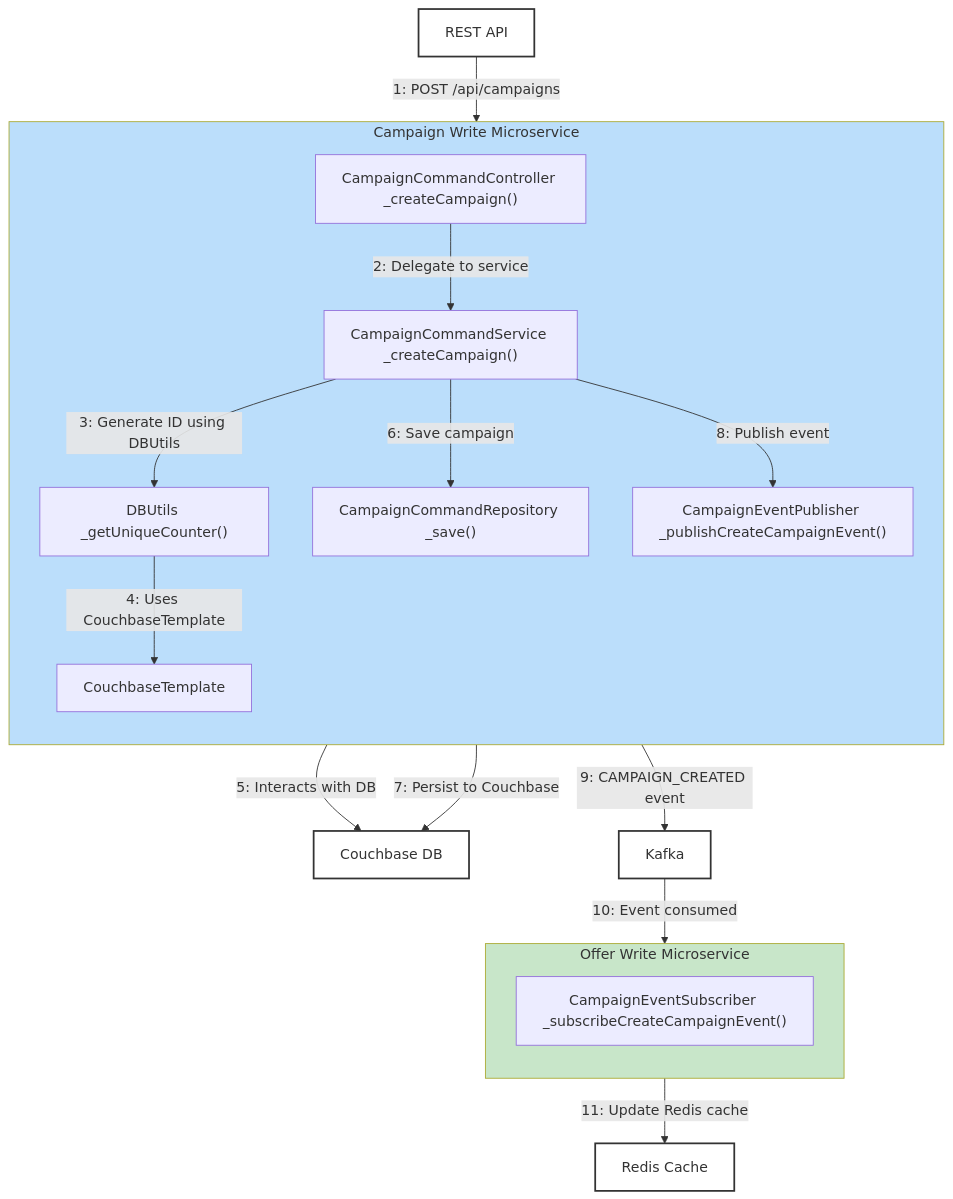
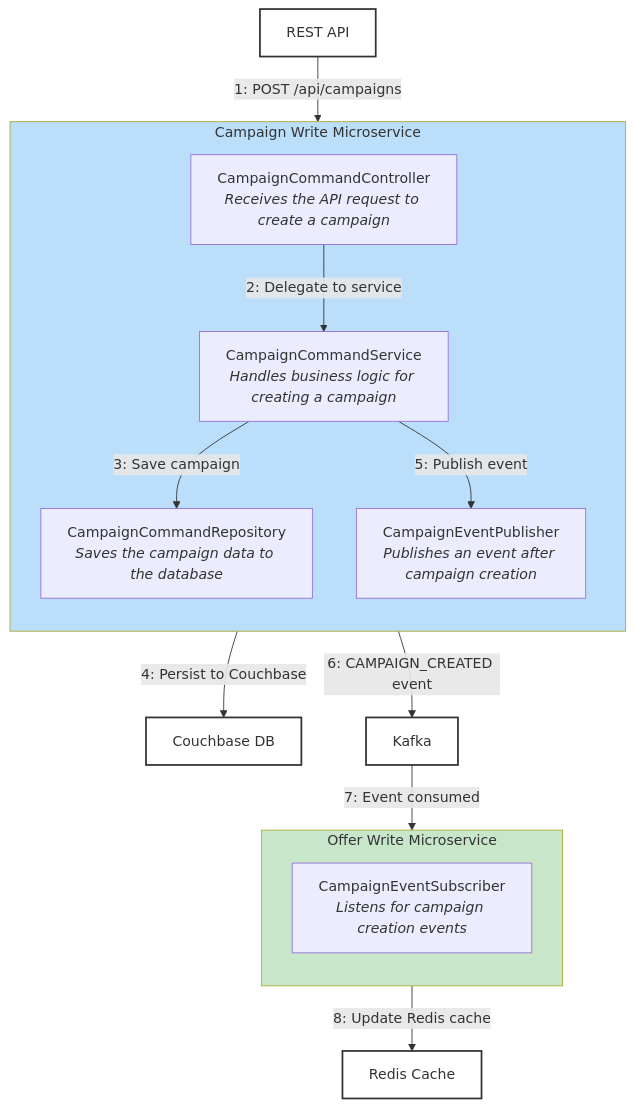
The diagram in _readme_assets/create_campaign.mermaid (aakashkumar1980/apps-microservices), drawn with Mermaid before and after one commit.

Commit message:
updated and refactored

```diff
--- a/_readme_assets/create_campaign.mermaid
+++ b/_readme_assets/create_campaign.mermaid
@@ -1,45 +1,40 @@
 flowchart TD
 %% --- Campaign Write Microservice ---
     subgraph subGraph4["Campaign Write Microservice"]
         direction TB
-        c1["CampaignCommandController _createCampaign()"]
-        s1["CampaignCommandService _createCampaign()"]
-        u1["DBUtils _getUniqueCounter()"]
-        ct1["CouchbaseTemplate"]
-        r1["CampaignCommandRepository _save()"]
-        e1["CampaignEventPublisher _publishCreateCampaignEvent()"]
+        c1["CampaignCommandController<br/><i>Receives the API request to create a campaign</i>"]
+        s1["CampaignCommandService<br/><i>Handles business logic for creating a campaign</i>"]
+        r1["CampaignCommandRepository<br/><i>Saves the campaign data to the database</i>"]
+        e1["CampaignEventPublisher<br/><i>Publishes an event after campaign creation</i>"]
     end
 
 %% --- Offer Write Microservice ---
     subgraph subGraph7["Offer Write Microservice"]
         direction TB
-        oesub["CampaignEventSubscriber _subscribeCreateCampaignEvent()"]
+        oesub["CampaignEventSubscriber<br/><i>Listens for campaign creation events</i>"]
     end
 
 %% --- External Systems ---
 postman["REST API"]
 couchbase["Couchbase DB"]
 kafka["Kafka"]
 redis["Redis Cache"]
 
 %% --- Flow for Create Campaign ---
 postman -- "1: POST /api/campaigns" --> c1
 c1 -- "2: Delegate to service" --> s1
-s1 -- "3: Generate ID using DBUtils" --> u1
-u1 -- "4: Uses CouchbaseTemplate" --> ct1
-ct1 -- "5: Interacts with DB" --> couchbase
-s1 -- "6: Save campaign" --> r1
-r1 -- "7: Persist to Couchbase" --> couchbase
-s1 -- "8: Publish event" --> e1
-e1 -- "9: CAMPAIGN_CREATED event" --> kafka
-kafka -- "10: Event consumed" --> oesub
-oesub -- "11: Update Redis cache" --> redis
+s1 -- "3: Save campaign" --> r1
+r1 -- "4: Persist to Couchbase" --> couchbase
+s1 -- "5: Publish event" --> e1
+e1 -- "6: CAMPAIGN_CREATED event" --> kafka
+kafka -- "7: Event consumed" --> oesub
+oesub -- "8: Update Redis cache" --> redis
 
 %% --- Styling ---
 postman:::ext
 couchbase:::ext
 kafka:::ext
 redis:::ext
 classDef ext fill:#fff,stroke:#333,stroke-width:2px
 style subGraph4 fill:#BBDEFB
 style subGraph7 fill:#C8E6C9
```
